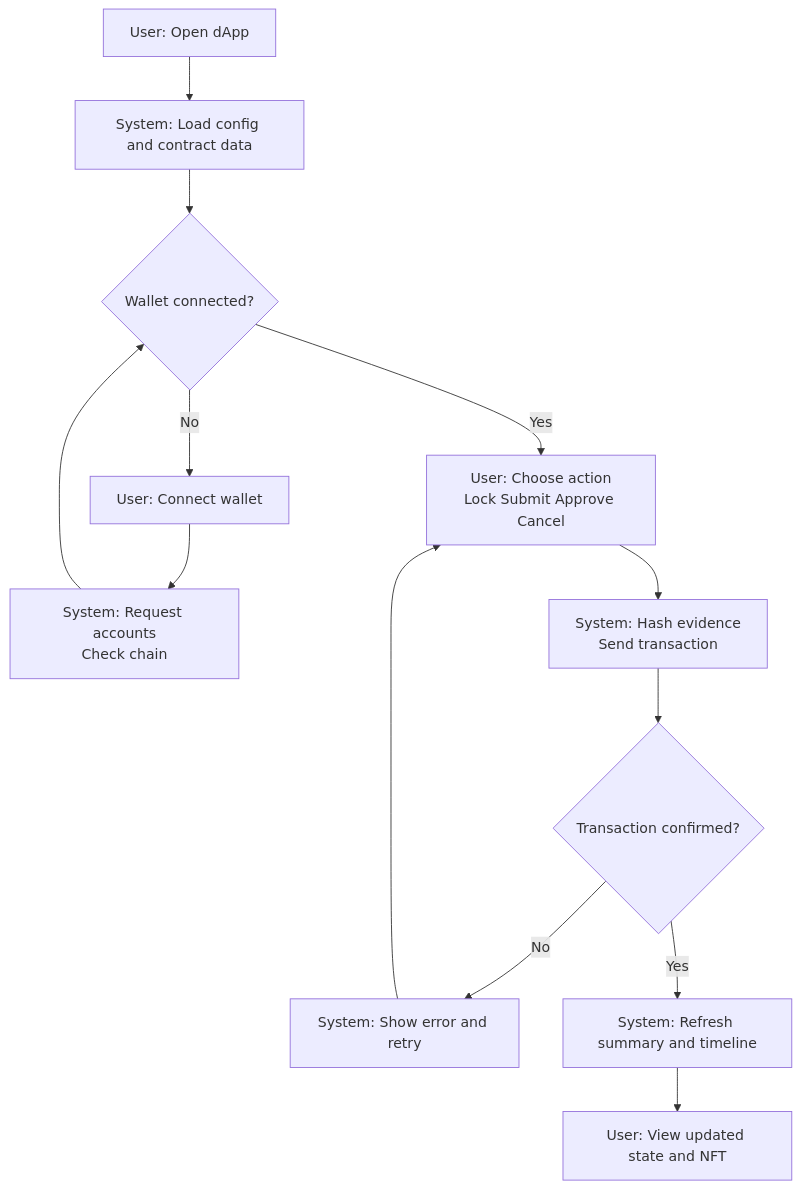
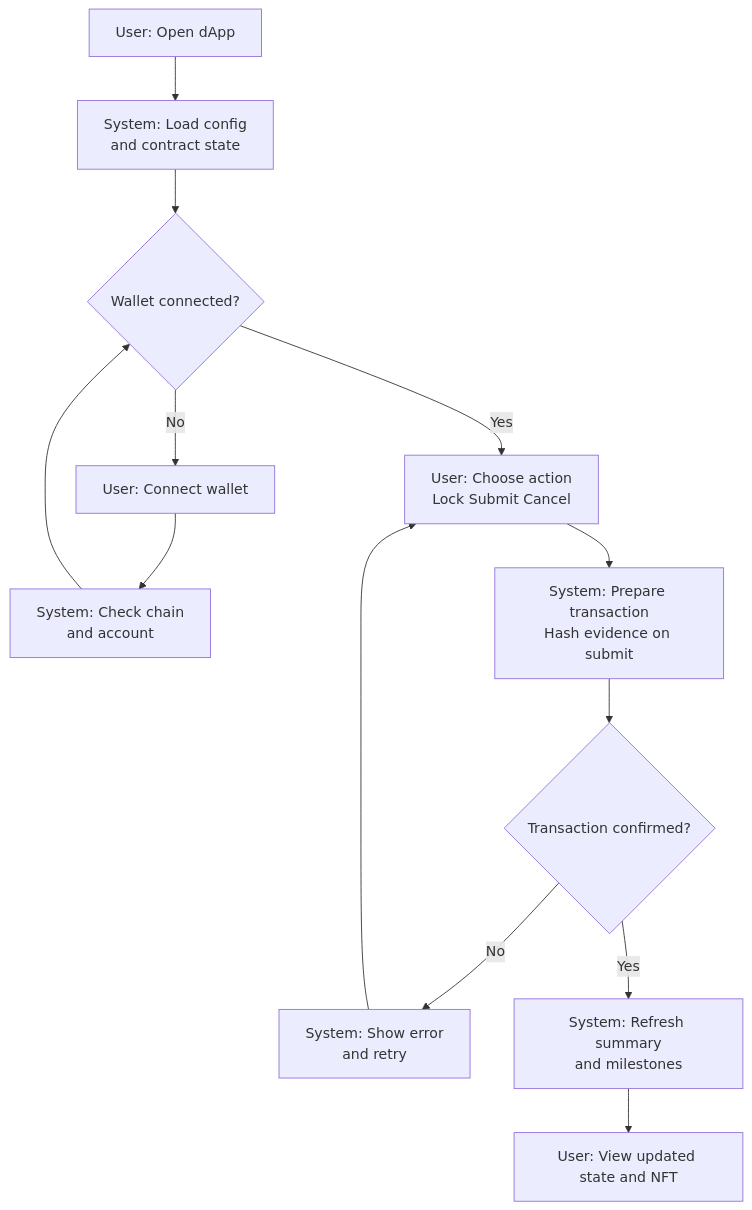
One commit to usagi917/B2B_payment changed the first of 2 diagrams in README.en.md. Above: the diagram before and after it, drawn with Mermaid. The commit also changed other lines of this file and 18 other files, not shown here.

````diff
--- a/README.en.md
+++ b/README.en.md
@@ -80,15 +83,15 @@
 ```mermaid
 graph TD
-  A[User: Open dApp] --> B[System: Load config and contract data]
+  A[User: Open dApp] --> B[System: Load config<br/>and contract state]
   B --> C{Wallet connected?}
   C -->|No| D[User: Connect wallet]
-  D --> E[System: Request accounts<br/>Check chain]
+  D --> E[System: Check chain<br/>and account]
   E --> C
-  C -->|Yes| F[User: Choose action<br/>Lock Submit Approve Cancel]
-  F --> G[System: Hash evidence<br/>Send transaction]
+  C -->|Yes| F[User: Choose action<br/>Lock Submit Cancel]
+  F --> G[System: Prepare transaction<br/>Hash evidence on submit]
   G --> H{Transaction confirmed?}
-  H -->|No| I[System: Show error and retry]
+  H -->|No| I[System: Show error<br/>and retry]
   I --> F
-  H -->|Yes| J[System: Refresh summary and timeline]
+  H -->|Yes| J[System: Refresh summary<br/>and milestones]
   J --> K[User: View updated state and NFT]
 ```
````
